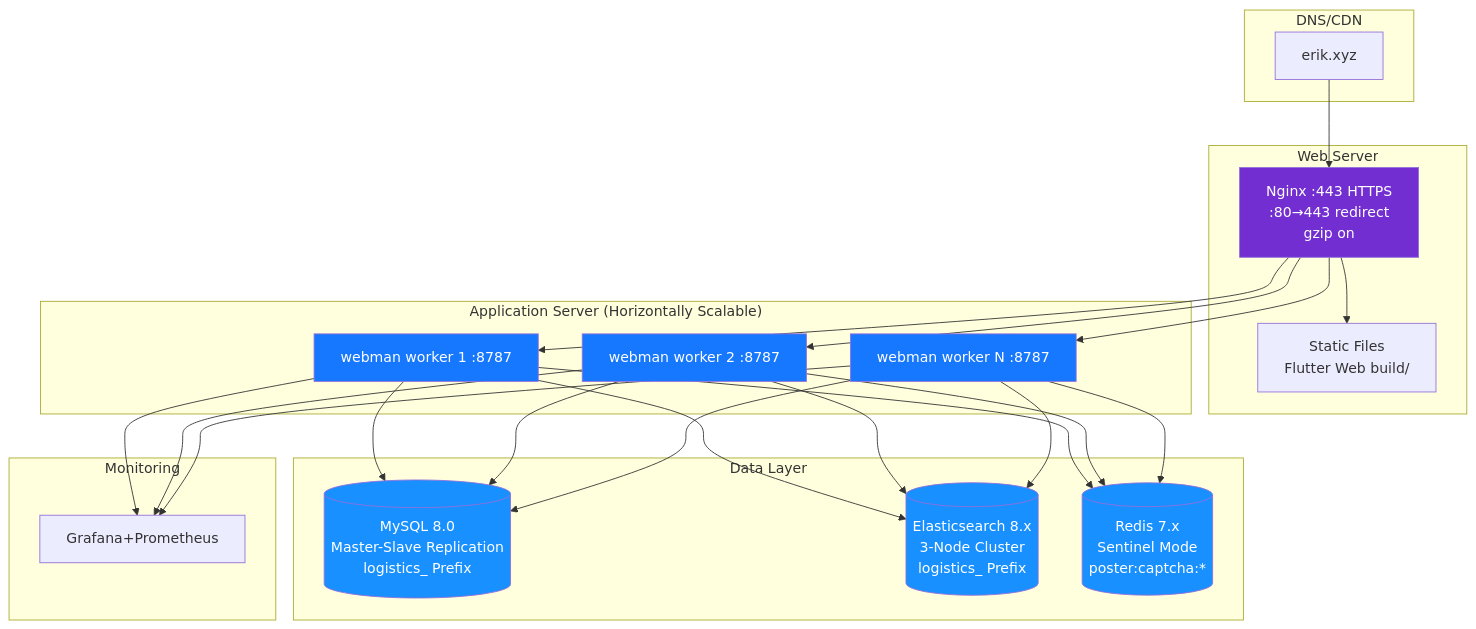
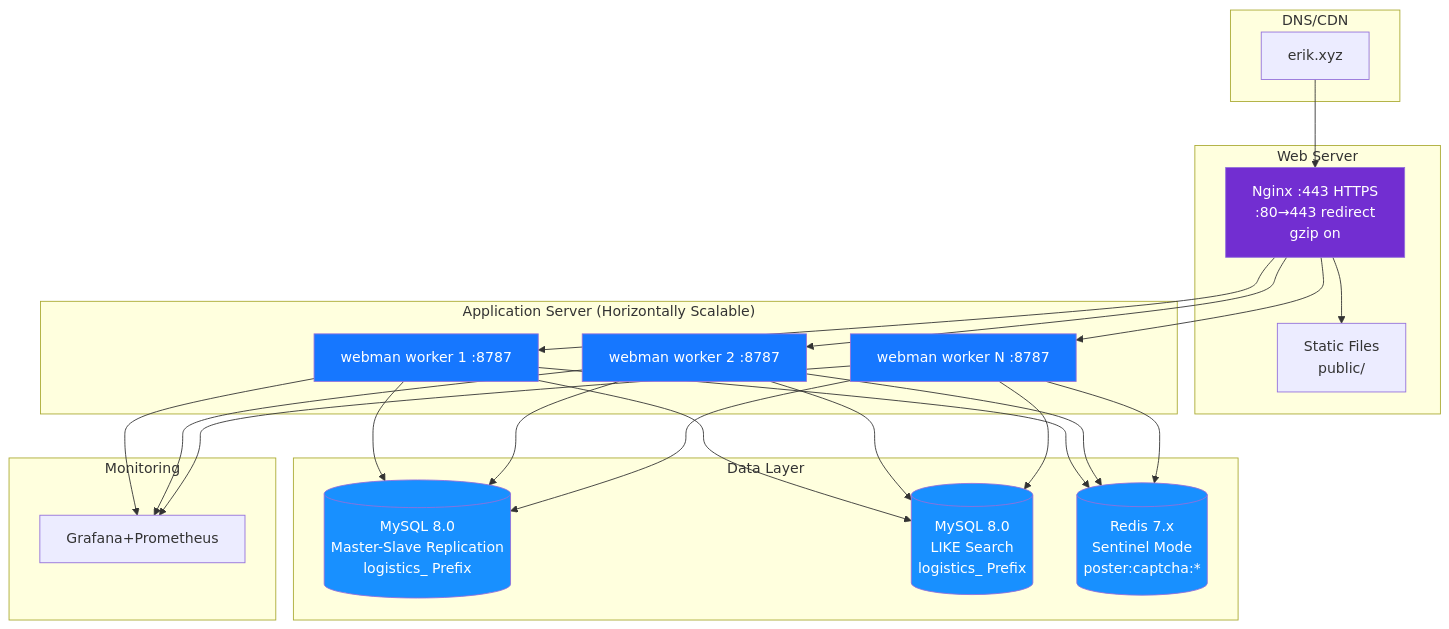
Before and after one commit to erikwang2013/integrated-global-logistics: the diagram in admin/docs/diagrams/12-deployment.en.md, drawn with Mermaid. The commit also changed other lines of this file and 361 other files, not shown here.

Commit message:
文档：仅保留中英文 README，清理已移除功能与过时图片

````diff
--- a/admin/docs/diagrams/12-deployment.en.md
+++ b/admin/docs/diagrams/12-deployment.en.md
@@ -7,45 +7,45 @@
 ```mermaid
 flowchart TB
     subgraph dns["DNS/CDN"]
         domain["erik.xyz"]
     end
 
     subgraph web["Web Server"]
         nginx["Nginx :443 HTTPS<br/>:80→443 redirect<br/>gzip on"]
-        static["Static Files<br/>Flutter Web build/"]
+        static["Static Files<br/>public/"]
     end
 
     subgraph app["Application Server (Horizontally Scalable)"]
         wm1["webman worker 1 :8787"]
         wm2["webman worker 2 :8787"]
         wm3["webman worker N :8787"]
     end
 
     subgraph data["Data Layer"]
         mysql[("MySQL 8.0<br/>Master-Slave Replication<br/>logistics_ Prefix")]
-        es[("Elasticsearch 8.x<br/>3-Node Cluster<br/>logistics_ Prefix")]
+        es[("MySQL 8.0<br/>LIKE Search<br/>logistics_ Prefix")]
         redis[("Redis 7.x<br/>Sentinel Mode<br/>poster:captcha:*")]
     end
 
     subgraph monitor["Monitoring"]
         grafana["Grafana+Prometheus"]
     end
 
     domain --> nginx
     nginx --> static
     nginx --> wm1
     nginx --> wm2
     nginx --> wm3
     wm1 & wm2 & wm3 --> mysql
     wm1 & wm2 & wm3 --> es
     wm1 & wm2 & wm3 --> redis
     wm1 & wm2 & wm3 --> grafana
 
     style nginx fill:#722ED1,color:#fff
     style wm1 fill:#1677FF,color:#fff
     style wm2 fill:#1677FF,color:#fff
     style wm3 fill:#1677FF,color:#fff
     style mysql fill:#1890FF,color:#fff
     style es fill:#1890FF,color:#fff
     style redis fill:#1890FF,color:#fff
 ```
````
